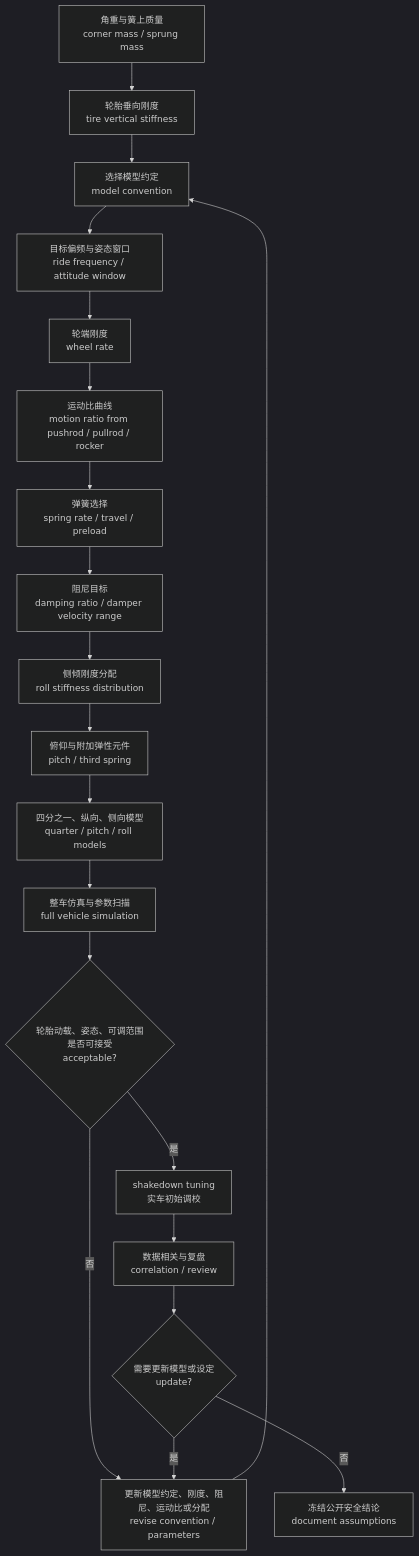
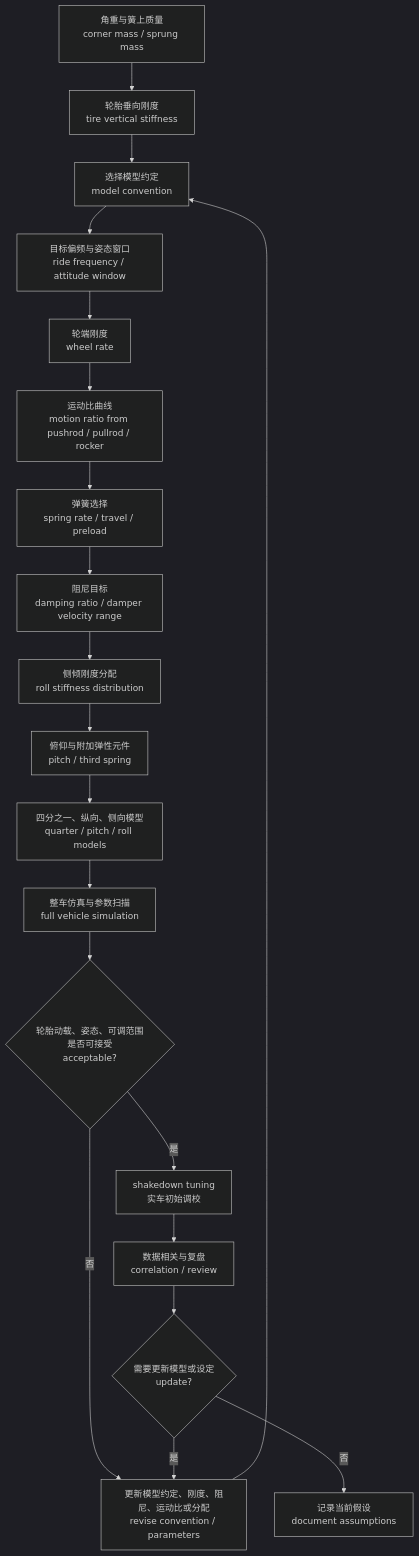
Before and after one commit to onebulletkick/suspension_opensource: the diagram in docs/advanced/04-spring-damper-roll-and-ride.md, drawn with Mermaid (dark theme). The commit also changed other lines of this file and 40 other files, not shown here.

````diff
--- a/docs/advanced/04-spring-damper-roll-and-ride.md
+++ b/docs/advanced/04-spring-damper-roll-and-ride.md
@@ -257,22 +257,22 @@
 ```mermaid
 flowchart TD
   A["角重与簧上质量<br>corner mass / sprung mass"] --> B["轮胎垂向刚度<br>tire vertical stiffness"]
   B --> C["选择模型约定<br>model convention"]
   C --> D["目标偏频与姿态窗口<br>ride frequency / attitude window"]
   D --> E["轮端刚度<br>wheel rate"]
   E --> F["运动比曲线<br>motion ratio from pushrod / pullrod / rocker"]
   F --> G["弹簧选择<br>spring rate / travel / preload"]
   G --> H["阻尼目标<br>damping ratio / damper velocity range"]
   H --> I["侧倾刚度分配<br>roll stiffness distribution"]
   I --> J["俯仰与附加弹性元件<br>pitch / third spring"]
   J --> K["四分之一、纵向、侧向模型<br>quarter / pitch / roll models"]
   K --> L["整车仿真与参数扫描<br>full vehicle simulation"]
   L --> M{"轮胎动载、姿态、可调范围是否可接受<br>acceptable?"}
   M -- "否" --> N["更新模型约定、刚度、阻尼、运动比或分配<br>revise convention / parameters"]
   N --> C
   M -- "是" --> O["shakedown tuning<br>实车初始调校"]
   O --> P["数据相关与复盘<br>correlation / review"]
   P --> Q{"需要更新模型或设定<br>update?"}
   Q -- "是" --> N
-  Q -- "否" --> R["冻结公开安全结论<br>document assumptions"]
+  Q -- "否" --> R["记录当前假设<br>document assumptions"]
 ```
````
